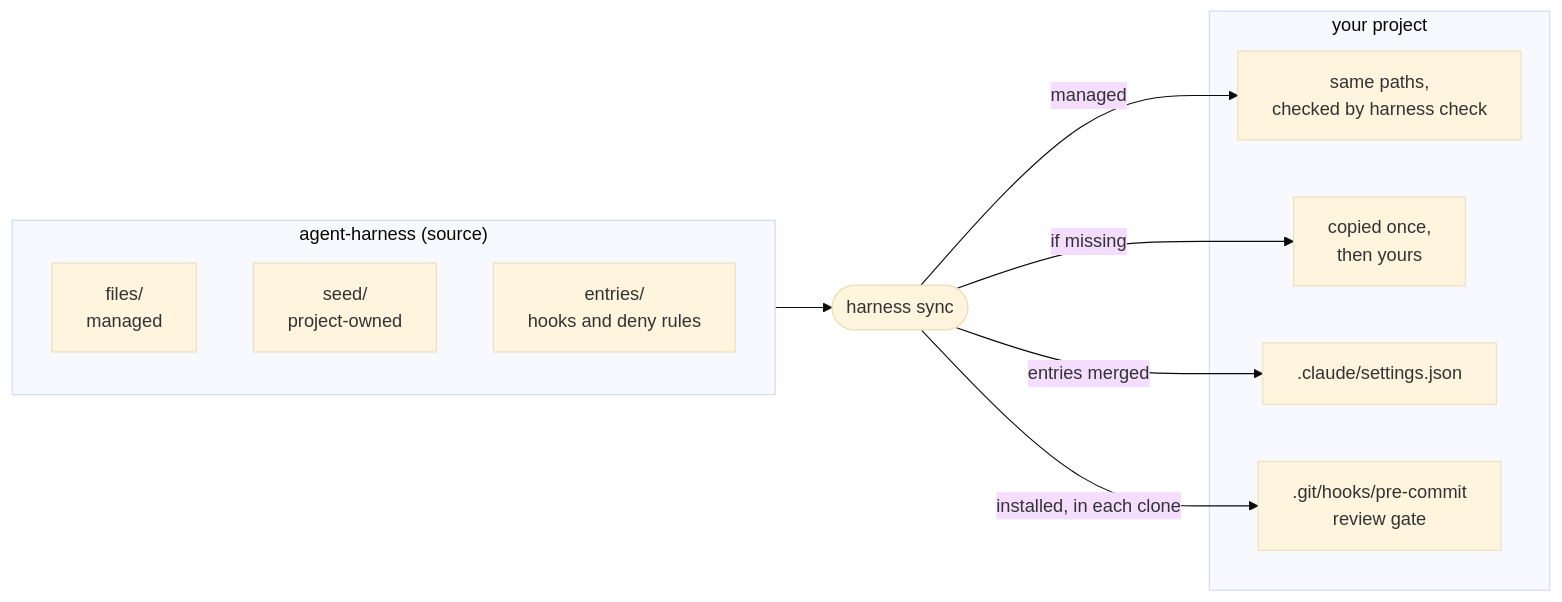
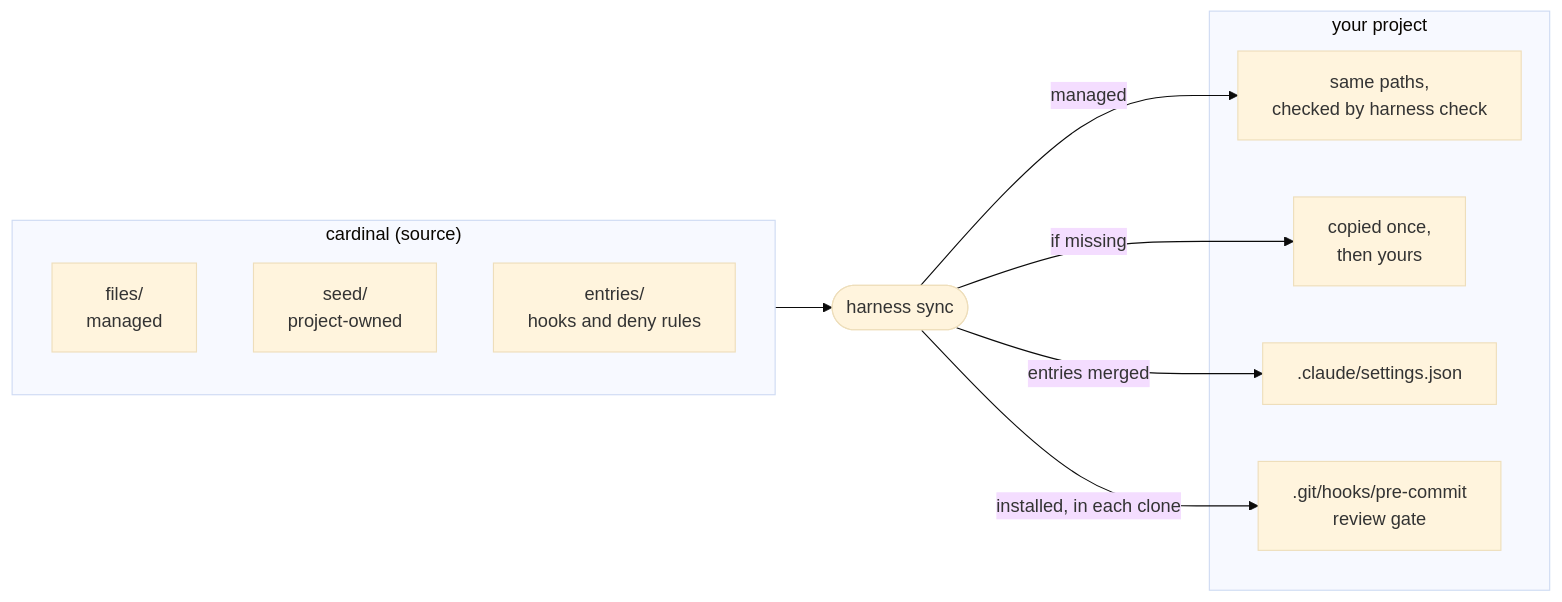
Before and after one commit to Electron-libre/agent-harness: the first of 2 diagrams in README.md, drawn with Mermaid (base theme). The commit also changed other lines of this file and 1 other file, not shown here.

Commit message:
docs: name the repository cardinal in the README

````diff
--- a/README.md
+++ b/README.md
@@ -18,20 +18,20 @@
 ```mermaid
 flowchart LR
-  subgraph source["agent-harness (source)"]
+  subgraph source["cardinal (source)"]
     files["files/<br/>managed"]
     seed["seed/<br/>project-owned"]
     entries["entries/<br/>hooks and deny rules"]
   end
   sync(["harness sync"])
   subgraph project["your project"]
     copies["same paths,<br/>checked by harness check"]
     owned["copied once,<br/>then yours"]
     settings[".claude/settings.json"]
     gate[".git/hooks/pre-commit<br/>review gate"]
   end
   source --> sync
   sync -->|managed| copies
   sync -->|if missing| owned
   sync -->|entries merged| settings
   sync -->|"installed, in each clone"| gate
 ```
````
